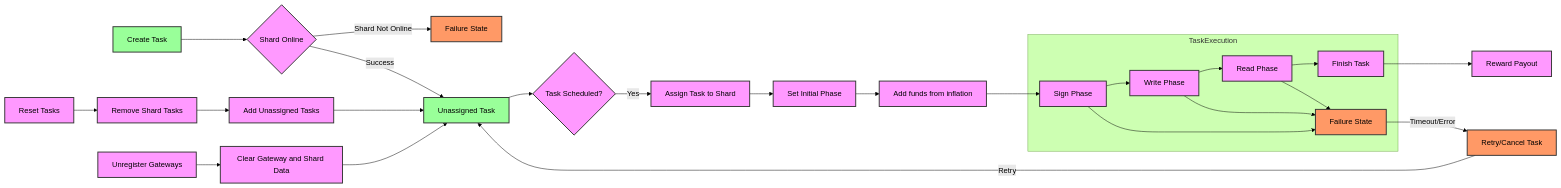
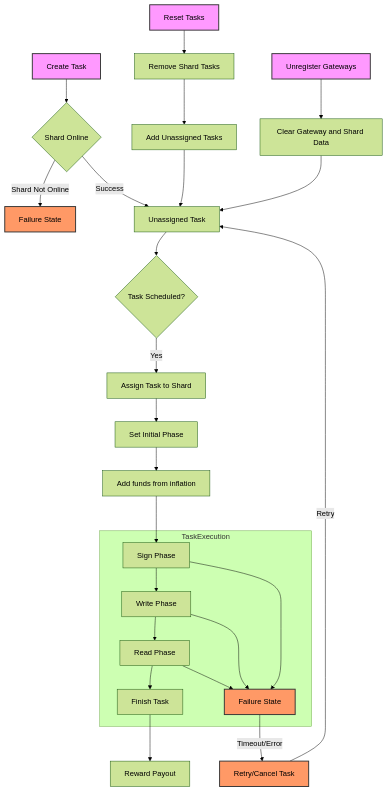
One commit to Analog-Labs/timechain changed the diagram in pallets/tasks/docs/tasks_lr.mmd. Above: the diagram before and after it, drawn with Mermaid (forest theme). The commit also changed 4 other files, not shown here.

Commit message:
Added graphs and docs for internal functions

```diff
--- a/pallets/tasks/docs/tasks_lr.mmd
+++ b/pallets/tasks/docs/tasks_lr.mmd
@@ -1,70 +1,56 @@
-flowchart LR
+flowchart TB
 
     %% Task Creation
     A[Create Task] --> L{Shard Online};
     L -->|Shard Not Online| SSF[Failure State];
     L -->|Success| B[Unassigned Task];
     
     %% Task Assignment and Execution
     B --> C{Task Scheduled?};
     C -->|Yes| D[Assign Task to Shard];
     D --> E[Set Initial Phase];
     E --> Fund[Add funds from inflation];
     
 
     
     
 
     %% Reward Payout
     P --> Q[Reward Payout];
     
     %% Task Reset and Unregistration
     R[Reset Tasks] --> S[Remove Shard Tasks];
     S --> T[Add Unassigned Tasks];
     T --> B;
     U[Unregister Gateways] --> V[Clear Gateway and Shard Data];
     V --> B;
     %% Fund --> F[Task Execution];
 		Fund --> W
 	  subgraph TaskExecution
 	    W[Sign Phase];
 	    W --> G 
 	    G --> H
 	    G[Write Phase];
 	    H[Read Phase];
 	    P[Finish Task];
 	    H --> P; 
 	    W --> F[Failure State];
 	    G --> F;
 	    H --> F; 
     
     end
     %% Error Handling and Retrying
     K[Retry/Cancel Task];
     K -->|Retry| B;
     
     
     F -- Timeout/Error --> K 
 
     
     %% Styles
-    style A fill:#9f9,stroke:#333,stroke-width:2px;
-    style B fill:#9f9,stroke:#333,stroke-width:2px;
-    style C fill:#f9f,stroke:#333,stroke-width:2px;
-    style D fill:#f9f,stroke:#333,stroke-width:2px;
-    style E fill:#f9f,stroke:#333,stroke-width:2px;
+    style A fill:#f9f,stroke:#333,stroke-width:2px;
     style F fill:#f96,stroke:#333,stroke-width:2px;
-    style Fund fill:#f9f,stroke:#333,stroke-width:2px;
-    style W fill:#f9f,stroke:#333,stroke-width:2px;
-    style G fill:#f9f,stroke:#333,stroke-width:2px;
-    style H fill:#f9f,stroke:#333,stroke-width:2px;
-    style L fill:#f9f,stroke:#333,stroke-width:2px;
-    style P fill:#f9f,stroke:#333,stroke-width:2px;
-    style Q fill:#f9f,stroke:#333,stroke-width:2px;
     style R fill:#f9f,stroke:#333,stroke-width:2px;
-    style S fill:#f9f,stroke:#333,stroke-width:2px;
-    style T fill:#f9f,stroke:#333,stroke-width:2px;
     style U fill:#f9f,stroke:#333,stroke-width:2px;
-    style V fill:#f9f,stroke:#333,stroke-width:2px;
     style K fill:#f96,stroke:#333,stroke-width:2px;
     style SSF fill:#f96,stroke:#333,stroke-width:2px;
```
